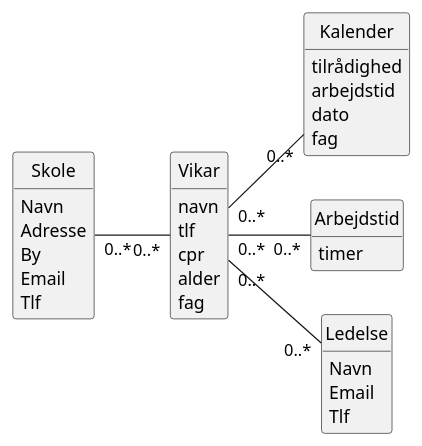
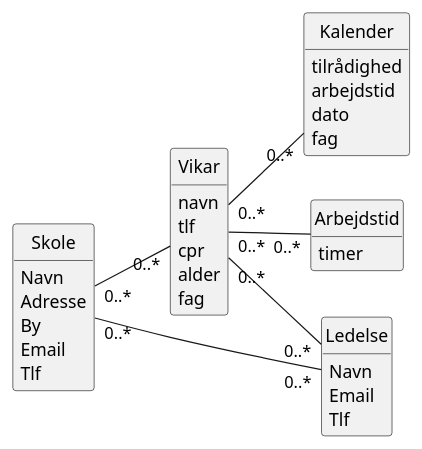
Before and after one commit to FilipMeldal/Team1A: the diagram in LærerVikaren/LaererVikarDomainModel.plantuml, drawn with PlantUML. The commit also changed 1 other file, not shown here.

```diff
--- a/LærerVikaren/LaererVikarDomainModel.plantuml
+++ b/LærerVikaren/LaererVikarDomainModel.plantuml
@@ -1,55 +1,56 @@
 @startuml
 hide circle
 hide method
 left to right direction
 
 
 Vikar "0..*" -- "0..*" Kalender
 Skole "0..*" -- "0..*" Vikar
 Vikar "0..*" -- "0..*" Arbejdstid
 Vikar "0..*" -- "0..*" Ledelse
+Skole "0..*" -- "0..*" Ledelse
 
 
 Class Vikar 
 {
     navn
     tlf
     cpr
     alder
     fag
 }
 
 
 Class Kalender 
 {
     tilrådighed
     arbejdstid
     dato
     fag
 }
 
 Class Arbejdstid
 {
     timer
 }
 
 
 Class Skole
 {
     Navn
     Adresse
     By
     Email
     Tlf
 }
 Class Ledelse
 {
     Navn
     Email
     Tlf
 }
 
 
 
 
 @enduml
```
